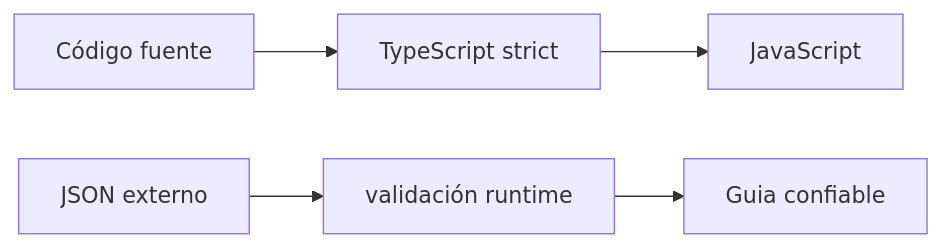
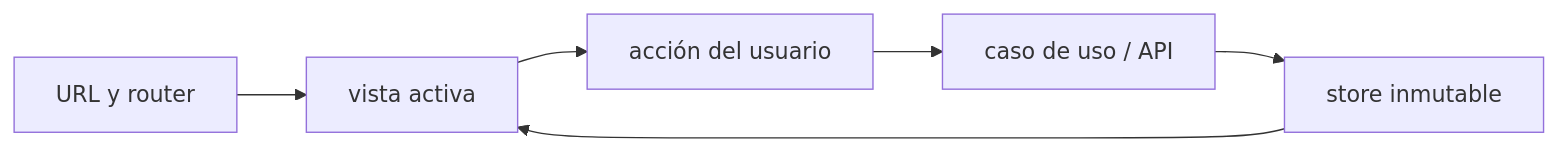
The third of 3 diagrams in web/public/content/javascript/modulo-11.md (NICORUIZ93/The_Imperial_Book), drawn with Mermaid before and after one commit. The commit also changed other lines of this file and 305 other files, not shown here.

````diff
--- a/web/public/content/javascript/modulo-11.md
+++ b/web/public/content/javascript/modulo-11.md
@@ -171,5 +326,4 @@
 ```mermaid
 flowchart LR
-    SOURCE["Código fuente"] --> TSC["TypeScript strict"] --> JS["JavaScript"]
-    API["JSON externo"] --> VALIDATE["validación runtime"] --> DOMAIN["Guia confiable"]
+    ROUTER["URL y router"] --> VIEW["vista activa"] --> ACTION["acción del usuario"] --> API["caso de uso / API"] --> STORE["store inmutable"] --> VIEW
 ```
````
